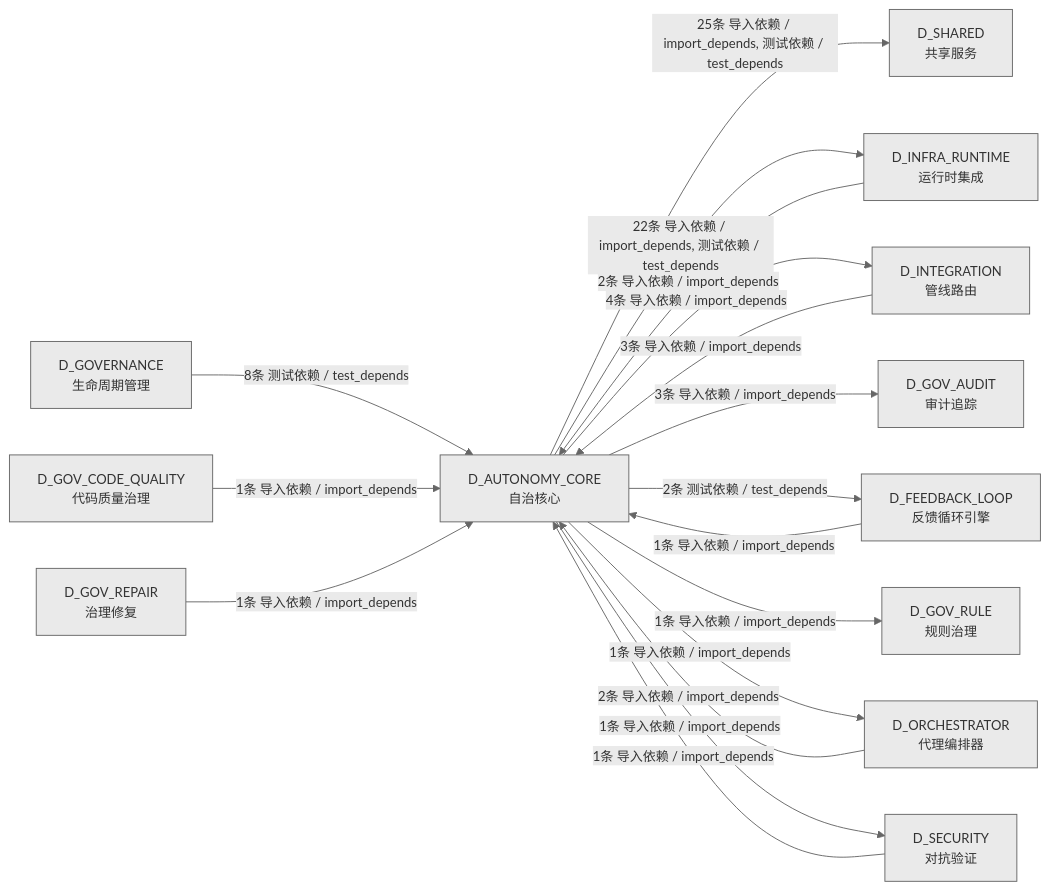
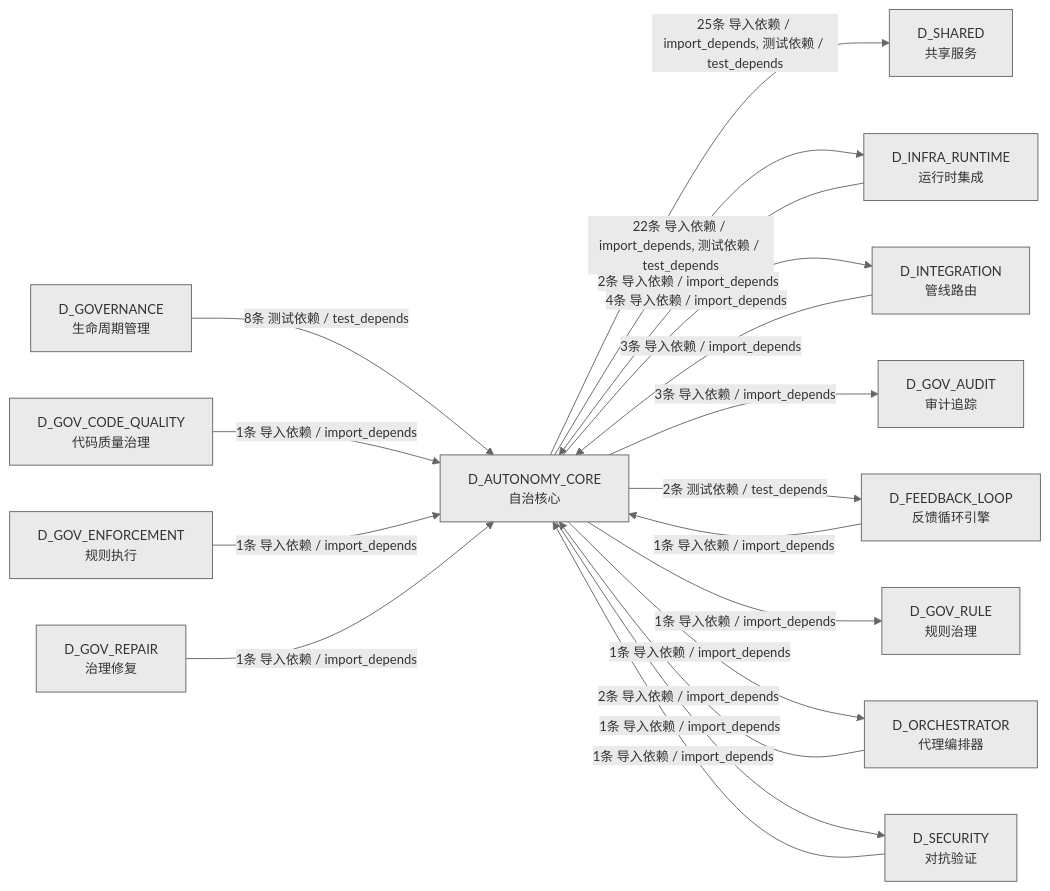
The third of 3 diagrams in docs/02_enterprise_architecture/02_domain_architecture_docs/10_d_autonomy_core.md (xuanFelixVan/ZephyrAlpha), drawn with Mermaid before and after one commit. The commit also changed other lines of this file and 49 other files, not shown here.

````diff
--- a/docs/02_enterprise_architecture/02_domain_architecture_docs/10_d_autonomy_core.md
+++ b/docs/02_enterprise_architecture/02_domain_architecture_docs/10_d_autonomy_core.md
@@ -815,32 +815,34 @@
 ```mermaid
 %%{init: {'theme': 'base', 'themeVariables': {'primaryColor': '#eaeaea', 'primaryTextColor': '#333333', 'primaryBorderColor': '#666666', 'lineColor': '#666666', 'secondaryColor': '#eaeaea', 'tertiaryColor': '#eaeaea', 'fontSize': '14px'}}}%%
 graph LR
     D_AUTONOMY_CORE["D_AUTONOMY_CORE<br/>自治核心"]
     D_SHARED["D_SHARED<br/>共享服务"]
     D_INFRA_RUNTIME["D_INFRA_RUNTIME<br/>运行时集成"]
     D_INTEGRATION["D_INTEGRATION<br/>管线路由"]
     D_GOV_AUDIT["D_GOV_AUDIT<br/>审计追踪"]
     D_FEEDBACK_LOOP["D_FEEDBACK_LOOP<br/>反馈循环引擎"]
     D_GOV_RULE["D_GOV_RULE<br/>规则治理"]
     D_ORCHESTRATOR["D_ORCHESTRATOR<br/>代理编排器"]
     D_SECURITY["D_SECURITY<br/>对抗验证"]
     D_GOVERNANCE["D_GOVERNANCE<br/>生命周期管理"]
     D_GOV_CODE_QUALITY["D_GOV_CODE_QUALITY<br/>代码质量治理"]
+    D_GOV_ENFORCEMENT["D_GOV_ENFORCEMENT<br/>规则执行"]
     D_GOV_REPAIR["D_GOV_REPAIR<br/>治理修复"]
     D_AUTONOMY_CORE -->|25条 导入依赖 / import_depends, 测试依赖 / test_depends| D_SHARED
     D_AUTONOMY_CORE -->|22条 导入依赖 / import_depends, 测试依赖 / test_depends| D_INFRA_RUNTIME
     D_AUTONOMY_CORE -->|4条 导入依赖 / import_depends| D_INTEGRATION
     D_AUTONOMY_CORE -->|3条 导入依赖 / import_depends| D_GOV_AUDIT
     D_AUTONOMY_CORE -->|2条 测试依赖 / test_depends| D_FEEDBACK_LOOP
     D_AUTONOMY_CORE -->|1条 导入依赖 / import_depends| D_GOV_RULE
     D_AUTONOMY_CORE -->|1条 导入依赖 / import_depends| D_ORCHESTRATOR
     D_AUTONOMY_CORE -->|1条 导入依赖 / import_depends| D_SECURITY
     D_GOVERNANCE -->|8条 测试依赖 / test_depends| D_AUTONOMY_CORE
     D_INTEGRATION -->|3条 导入依赖 / import_depends| D_AUTONOMY_CORE
     D_INFRA_RUNTIME -->|2条 导入依赖 / import_depends| D_AUTONOMY_CORE
     D_ORCHESTRATOR -->|2条 导入依赖 / import_depends| D_AUTONOMY_CORE
+    D_FEEDBACK_LOOP -->|1条 导入依赖 / import_depends| D_AUTONOMY_CORE
     D_SECURITY -->|1条 导入依赖 / import_depends| D_AUTONOMY_CORE
     D_GOV_CODE_QUALITY -->|1条 导入依赖 / import_depends| D_AUTONOMY_CORE
+    D_GOV_ENFORCEMENT -->|1条 导入依赖 / import_depends| D_AUTONOMY_CORE
     D_GOV_REPAIR -->|1条 导入依赖 / import_depends| D_AUTONOMY_CORE
-    D_FEEDBACK_LOOP -->|1条 导入依赖 / import_depends| D_AUTONOMY_CORE
 ```
````
